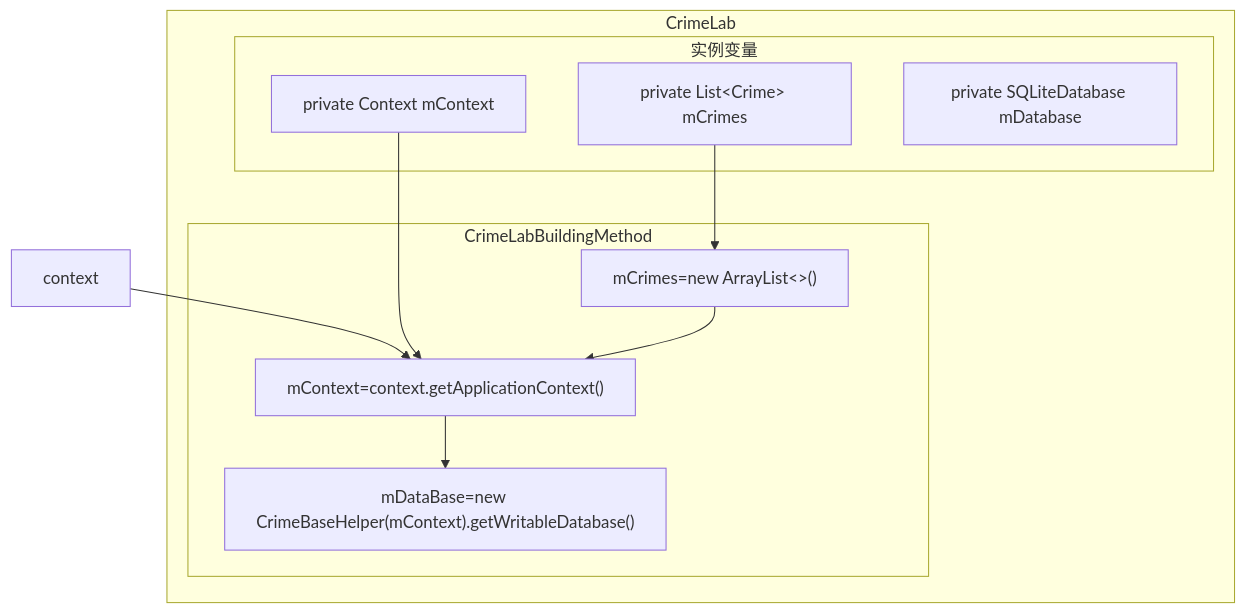
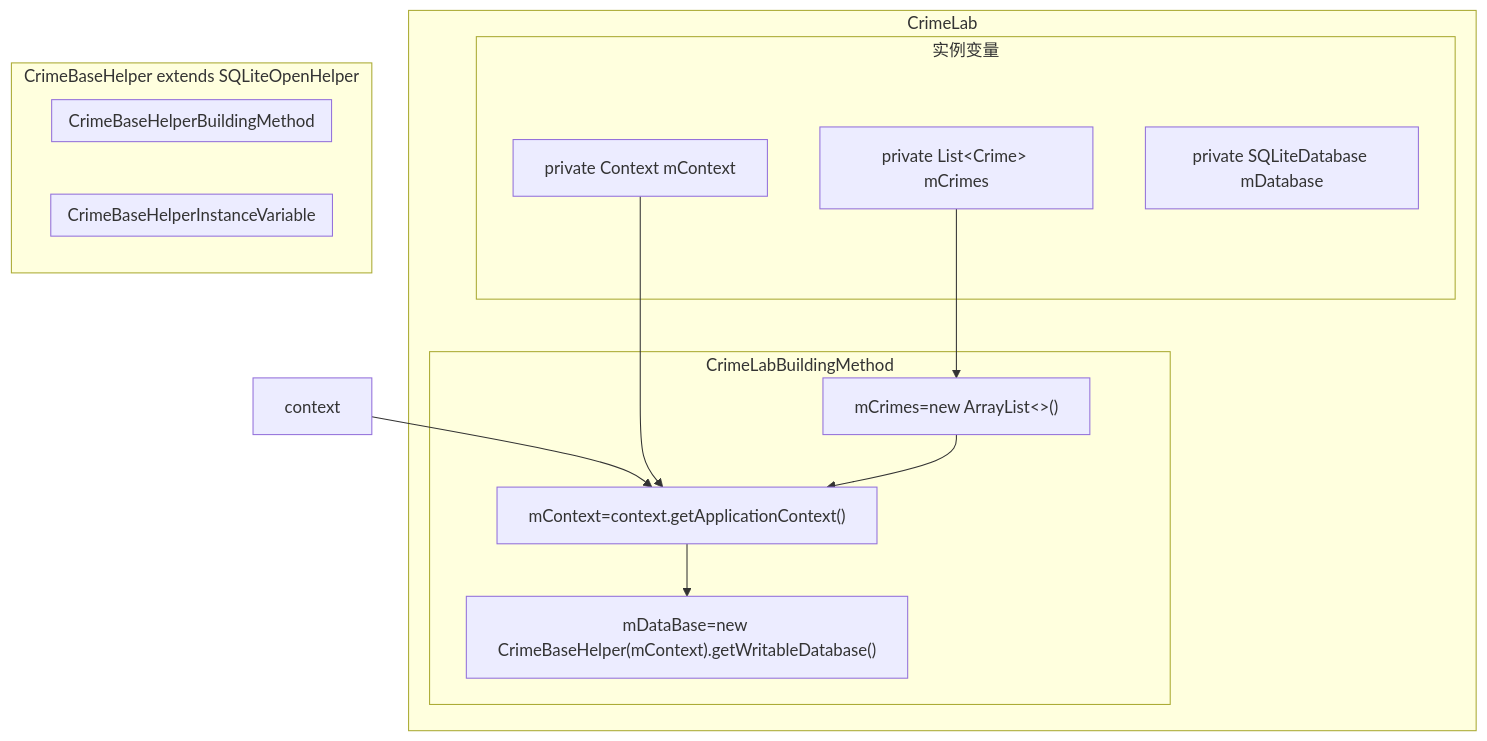
One commit to yaner-here/notebook changed the ninth of 22 diagrams in Android.md. Above: the diagram before and after it, drawn with Mermaid. The commit also changed other lines of this file, not shown here.

````diff
--- a/Android.md
+++ b/Android.md
@@ -2241,16 +2241,24 @@
 ```mermaid
 graph TB
 	context-->CrimeLabBuildingMethod2
 	subgraph CrimeLab
-		subgraph 实例变量
+		subgraph CrimeLabInstanceVariable ["实例变量"]
 			mCrimes["private List&lt;Crime&gt; mCrimes"]
 			mContext["private Context mContext"]
 			mDatabase["private SQLiteDatabase mDatabase"]
 		end
 		subgraph CrimeLabBuildingMethod
 			mCrimes-->CrimeLabBuildingMethod1["mCrimes=new ArrayList&lt;&gt;()"]
 			mContext-->CrimeLabBuildingMethod2["mContext=context.getApplicationContext()"]
 			CrimeLabBuildingMethod1-->CrimeLabBuildingMethod2-->CrimeLabBuildingMethod3["mDataBase=new CrimeBaseHelper(mContext).getWritableDatabase()"]
 		end
 	end
+	subgraph CrimeBaseHelper extends SQLiteOpenHelper
+		subgraph CrimeBaseHelperInstanceVariable
+			
+		end
+		subgraph CrimeBaseHelperBuildingMethod
+			
+		end
+	end
 ```
````
